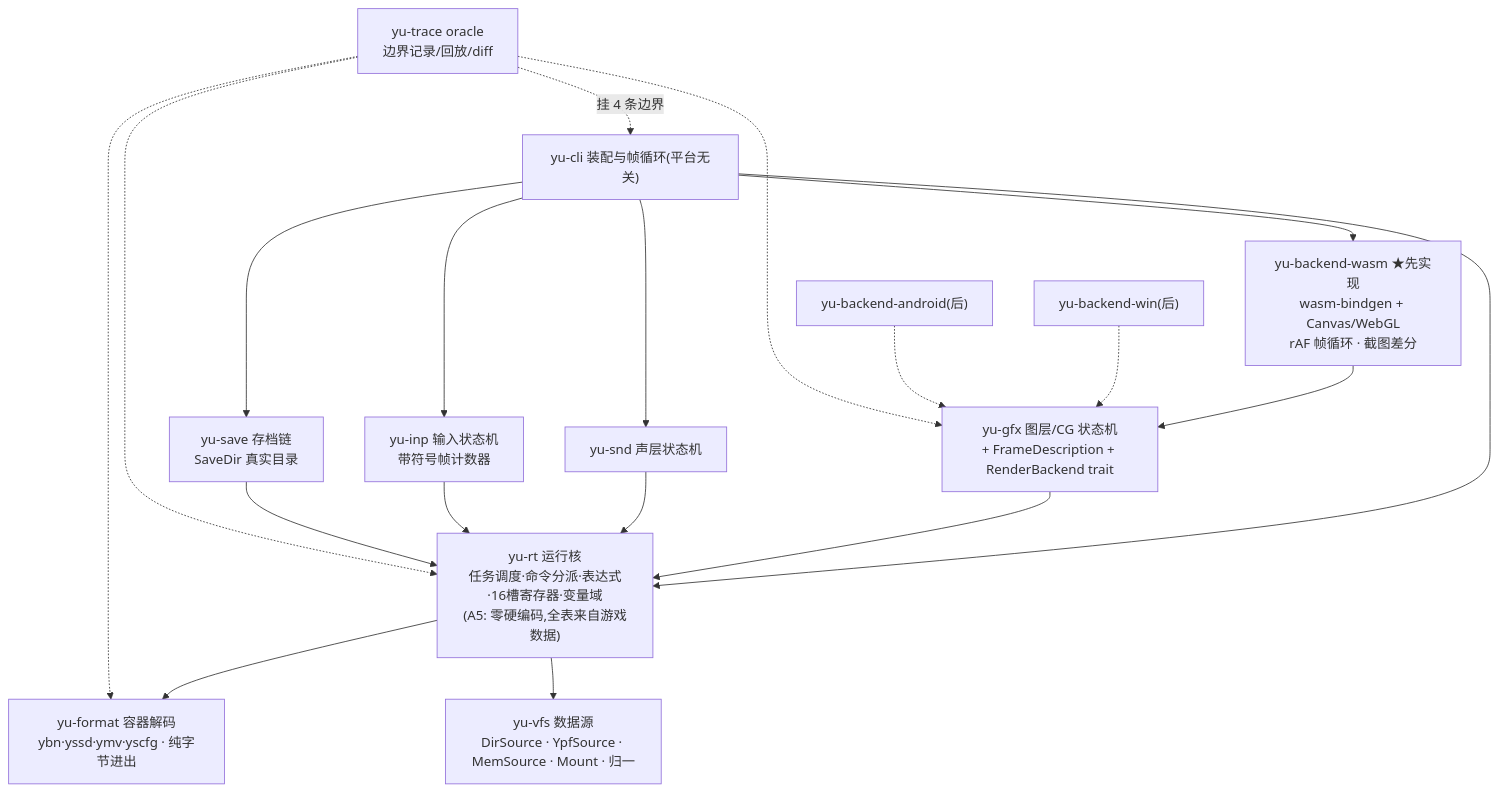
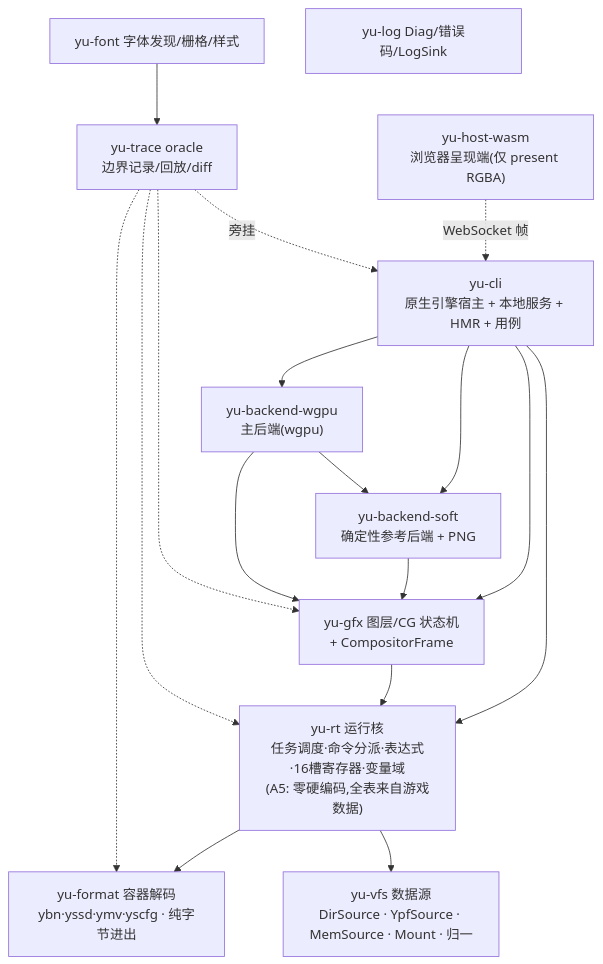
The diagram in docs/architecture.md (NotFaceGUI/yuris-kernel), drawn with Mermaid before and after one commit. The commit also changed other lines of this file and 18 other files, not shown here.

````diff
--- a/docs/architecture.md
+++ b/docs/architecture.md
@@ -46,34 +58,31 @@
 ```mermaid
 flowchart TD
-    BWASM["yu-backend-wasm ★先实现<br/>wasm-bindgen + Canvas/WebGL<br/>rAF 帧循环 · 截图差分"]
-    BWIN["yu-backend-win(后)"]
-    BAR["yu-backend-android(后)"]
-    CLI["yu-cli 装配与帧循环(平台无关)"]
-    TRC["yu-trace oracle<br/>边界记录/回放/diff"]
-    GFX["yu-gfx 图层/CG 状态机<br/>+ FrameDescription + RenderBackend trait"]
-    SND["yu-snd 声层状态机"]
-    INP["yu-inp 输入状态机<br/>带符号帧计数器"]
-    SAV["yu-save 存档链<br/>SaveDir 真实目录"]
+    HOSTWASM["yu-host-wasm<br/>浏览器呈现端(仅 present RGBA)"]
+    CLI["yu-cli<br/>原生引擎宿主 + 本地服务 + HMR + 用例"]
+    GFX["yu-gfx 图层/CG 状态机<br/>+ CompositorFrame"]
+    SOFT["yu-backend-soft<br/>确定性参考后端 + PNG"]
+    WGPU["yu-backend-wgpu<br/>主后端(wgpu)"]
     RT["yu-rt 运行核<br/>任务调度·命令分派·表达式·16槽寄存器·变量域<br/>(A5: 零硬编码,全表来自游戏数据)"]
     FMT["yu-format 容器解码<br/>ybn·yssd·ymv·yscfg · 纯字节进出"]
     VFS["yu-vfs 数据源<br/>DirSource · YpfSource · MemSource · Mount · 归一"]
+    FONT["yu-font 字体发现/栅格/样式"]
+    TRC["yu-trace oracle<br/>边界记录/回放/diff"]
+    LOG["yu-log Diag/错误码/LogSink"]
 
-    BWASM --> GFX
-    BWIN -.-> GFX
-    BAR -.-> GFX
-    CLI --> BWASM
+    HOSTWASM -.->|WebSocket 帧| CLI
+    CLI --> SOFT
+    CLI --> WGPU
     CLI --> RT
-    CLI --> SND
-    CLI --> INP
-    CLI --> SAV
+    CLI --> GFX
+    SOFT --> GFX
+    WGPU --> GFX
+    WGPU --> SOFT
     GFX --> RT
-    SND --> RT
-    INP --> RT
-    SAV --> RT
     RT --> FMT
     RT --> VFS
-    TRC -.->|挂 4 条边界| CLI
+    FONT --> TRC
+    TRC -.->|旁挂| CLI
     TRC -.-> GFX
     TRC -.-> RT
     TRC -.-> FMT
 ```
````
